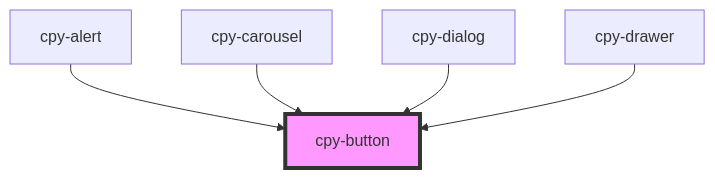
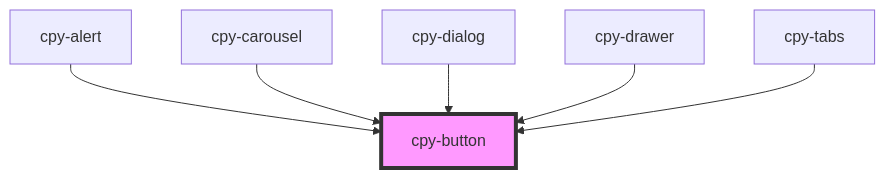
One commit to Lith1um/Canopy-Stencil changed the diagram in stencil-lib/src/components/button/readme.md. Above: the diagram before and after it, drawn with Mermaid. The commit also changed other lines of this file and 11 other files, not shown here.

````diff
--- a/stencil-lib/src/components/button/readme.md
+++ b/stencil-lib/src/components/button/readme.md
@@ -29,8 +30,9 @@
 ```mermaid
 graph TD;
   cpy-alert --> cpy-button
   cpy-carousel --> cpy-button
   cpy-dialog --> cpy-button
   cpy-drawer --> cpy-button
+  cpy-tabs --> cpy-button
   style cpy-button fill:#f9f,stroke:#333,stroke-width:4px
 ```
````
